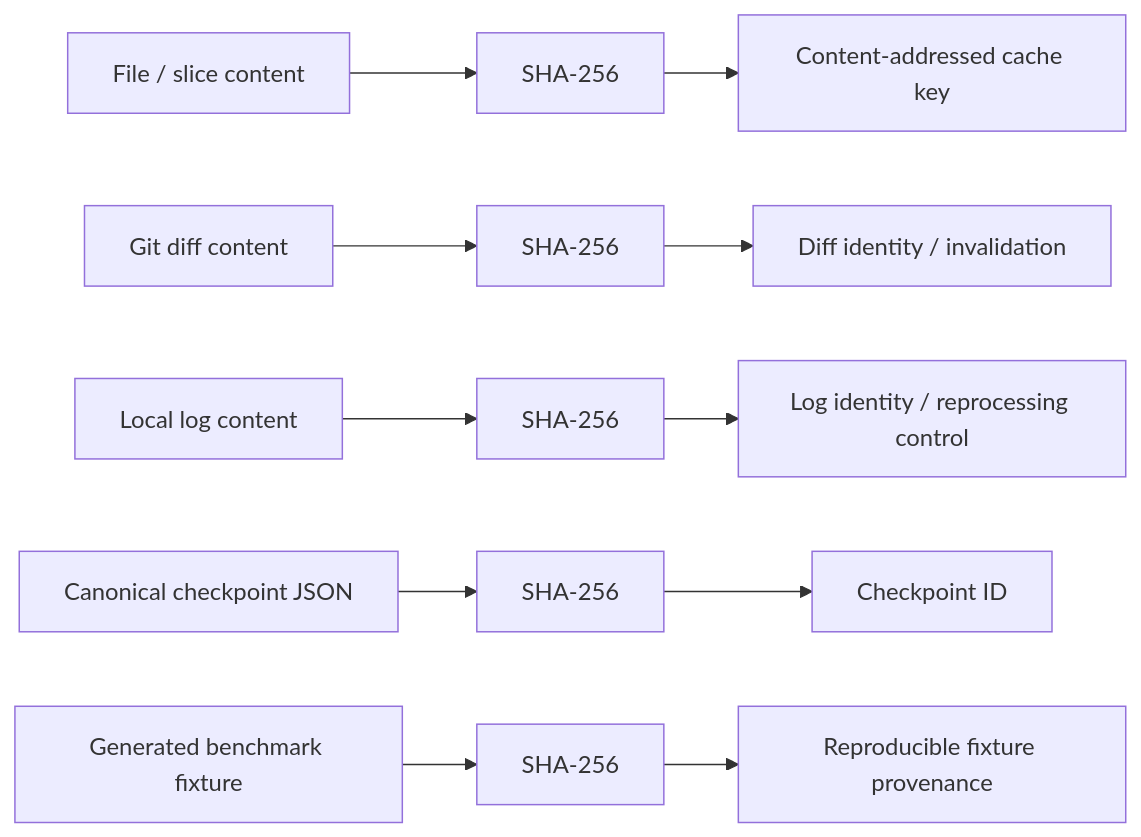
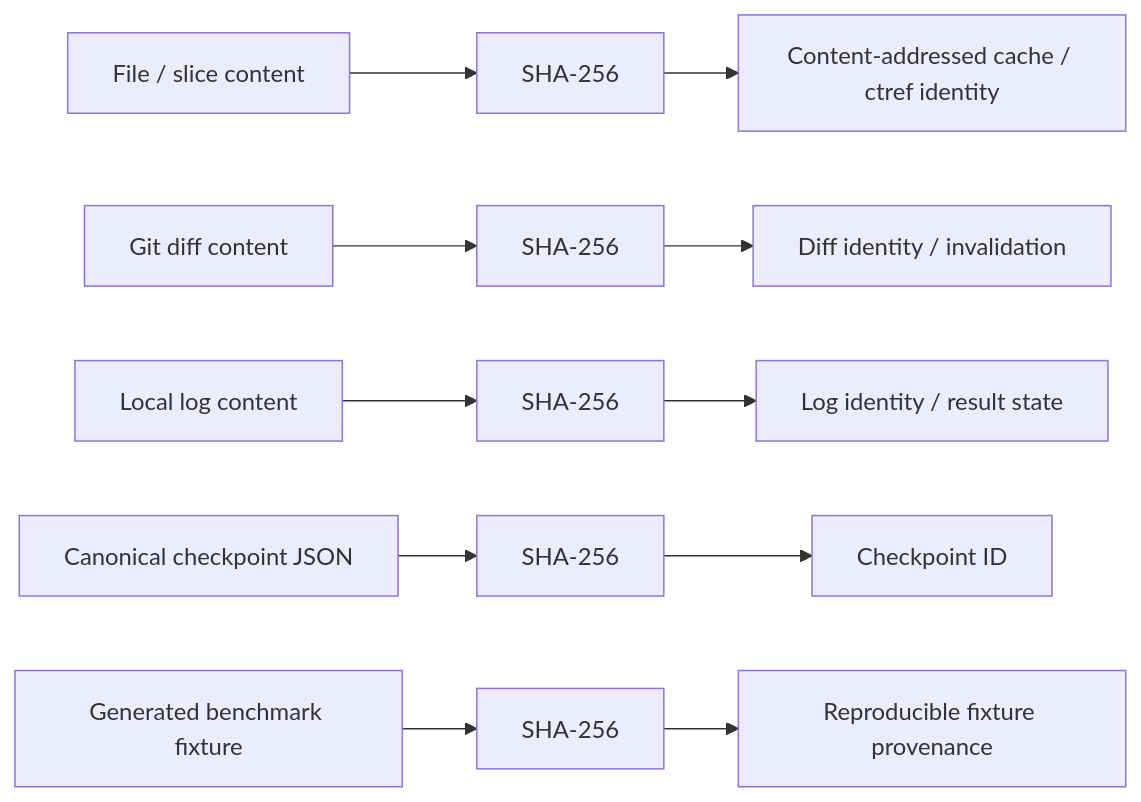
One commit to ProfRandom92/comptext-conductor-max changed the third of 5 diagrams in README.md. Above: the diagram before and after it, drawn with Mermaid. The commit also changed other lines of this file, not shown here.

````diff
--- a/README.md
+++ b/README.md
@@ -174,17 +179,17 @@
 ```mermaid
 flowchart LR
     FILE["File / slice content"] --> FH["SHA-256"]
-    FH --> CACHE["Content-addressed cache key"]
+    FH --> CACHE["Content-addressed cache / ctref identity"]
 
     DIFF["Git diff content"] --> DH["SHA-256"]
     DH --> DINV["Diff identity / invalidation"]
 
     LOG["Local log content"] --> LH["SHA-256"]
-    LH --> LINV["Log identity / reprocessing control"]
+    LH --> LINV["Log identity / result state"]
 
     STATE["Canonical checkpoint JSON"] --> CH["SHA-256"]
     CH --> CID["Checkpoint ID"]
 
     FIX["Generated benchmark fixture"] --> BH["SHA-256"]
     BH --> PROOF["Reproducible fixture provenance"]
 ```
````
